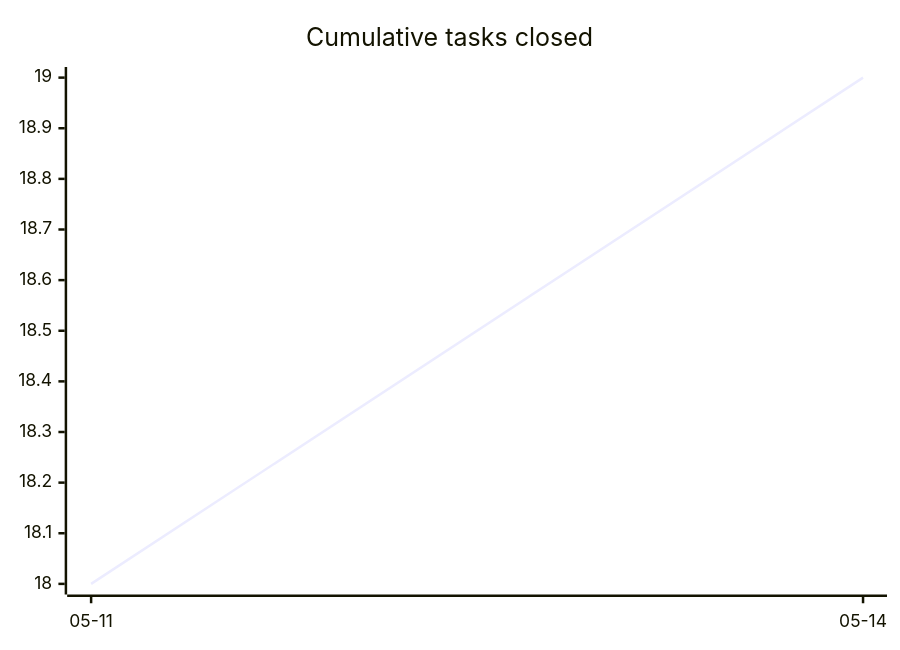
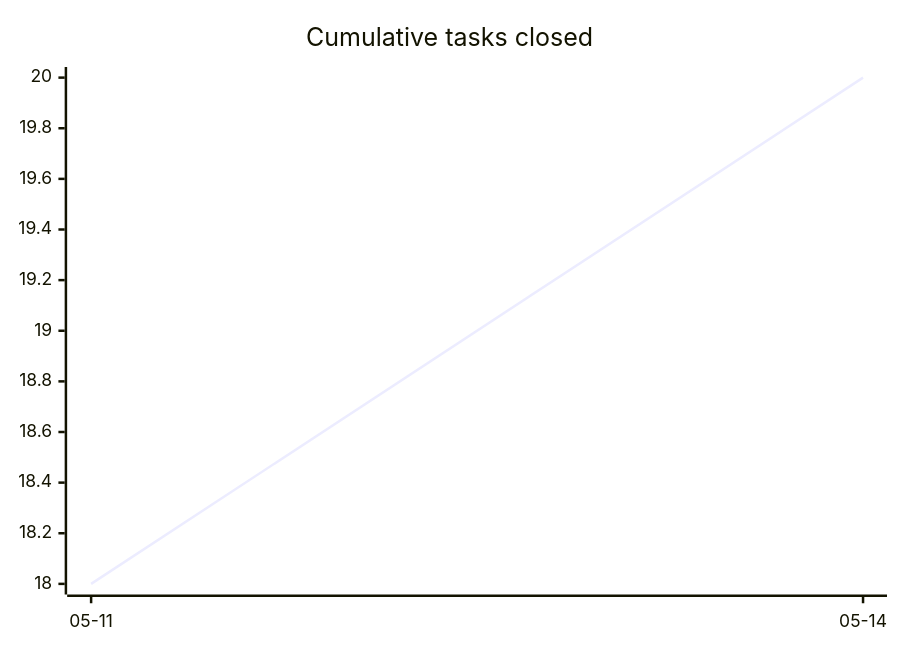
The first of 3 diagrams in docs/developers/tasks/OVERVIEW.md (tgd1975/AwesomeGuitarPedal), drawn with Mermaid before and after one commit. The commit also changed other lines of this file and 10 other files, not shown here.

````diff
--- a/docs/developers/tasks/OVERVIEW.md
+++ b/docs/developers/tasks/OVERVIEW.md
@@ -22,6 +22,6 @@
 ```mermaid
 xychart-beta
     title "Cumulative tasks closed"
     x-axis ["05-11", "05-14"]
-    line [18, 19]
+    line [18, 20]
 ```
````
